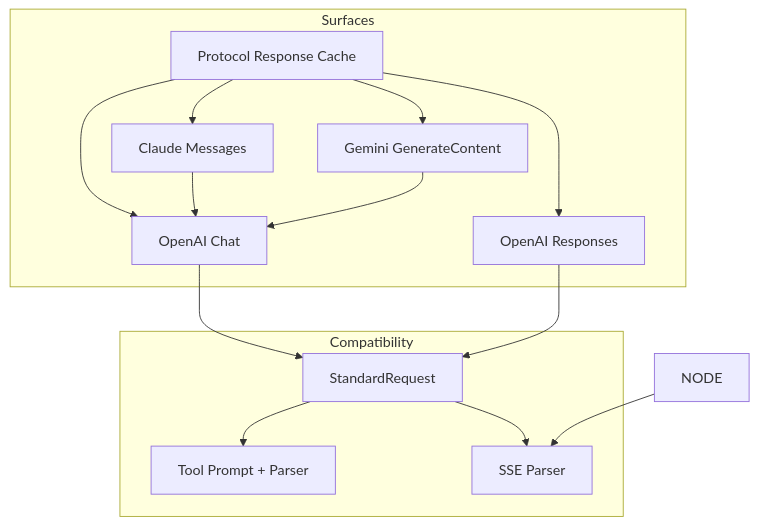
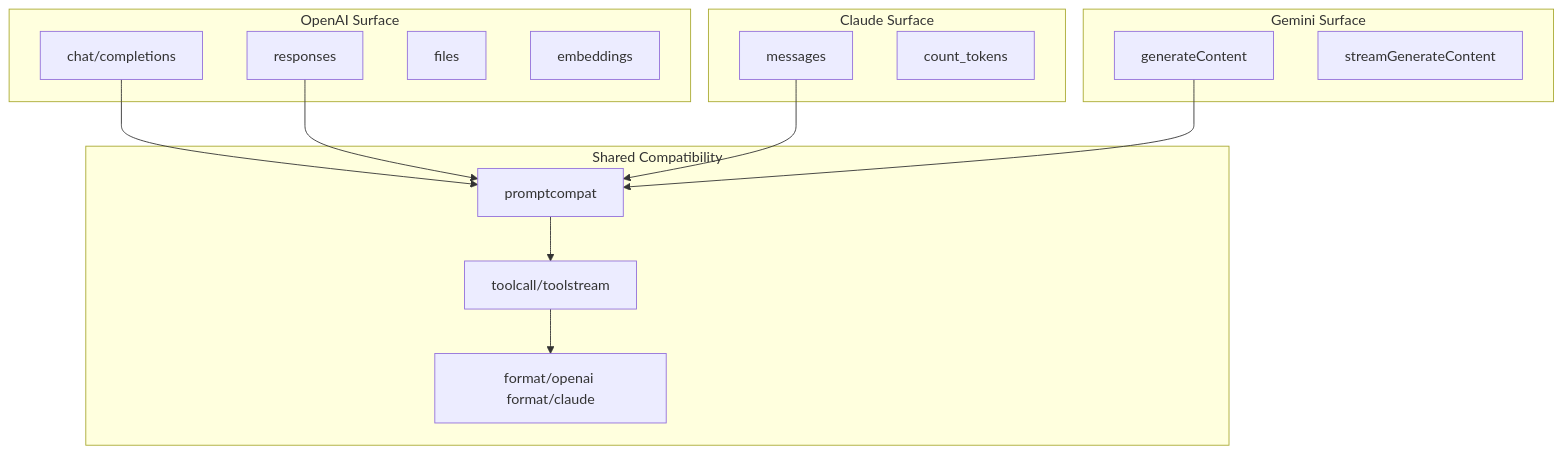
Before and after one commit to marklove5102/DeepSeek_Web_To_API: the first of 2 diagrams in docs/API Compatibility System/API Compatibility System.md, drawn with Mermaid. The commit also changed other lines of this file and 27 other files, not shown here.

````diff
--- a/docs/API Compatibility System/API Compatibility System.md
+++ b/docs/API Compatibility System/API Compatibility System.md
@@ -43,26 +33,28 @@
 ```mermaid
 graph TB
-subgraph "Surfaces"
-CACHE["Protocol Response Cache"]
-CHAT["OpenAI Chat"]
-RESP["OpenAI Responses"]
-CLAUDE["Claude Messages"]
-GEMINI["Gemini GenerateContent"]
+subgraph "OpenAI Surface"
+CHAT["chat/completions"]
+RESP["responses"]
+FILES["files"]
+EMB["embeddings"]
 end
-subgraph "Compatibility"
-STD["StandardRequest"]
-TOOL["Tool Prompt + Parser"]
-SSE["SSE Parser"]
+subgraph "Claude Surface"
+MSG["messages"]
+TOK["count_tokens"]
 end
-CACHE --> CHAT
-CACHE --> RESP
-CACHE --> CLAUDE
-CACHE --> GEMINI
-CHAT --> STD
-RESP --> STD
-CLAUDE --> CHAT
-GEMINI --> CHAT
-STD --> TOOL
-STD --> SSE
-NODE --> SSE
+subgraph "Gemini Surface"
+GEN["generateContent"]
+STREAMGEN["streamGenerateContent"]
+end
+subgraph "Shared Compatibility"
+PROMPT["promptcompat"]
+TOOL["toolcall/toolstream"]
+FORMAT["format/openai format/claude"]
+end
+CHAT --> PROMPT
+RESP --> PROMPT
+MSG --> PROMPT
+GEN --> PROMPT
+PROMPT --> TOOL
+TOOL --> FORMAT
 ```
````
